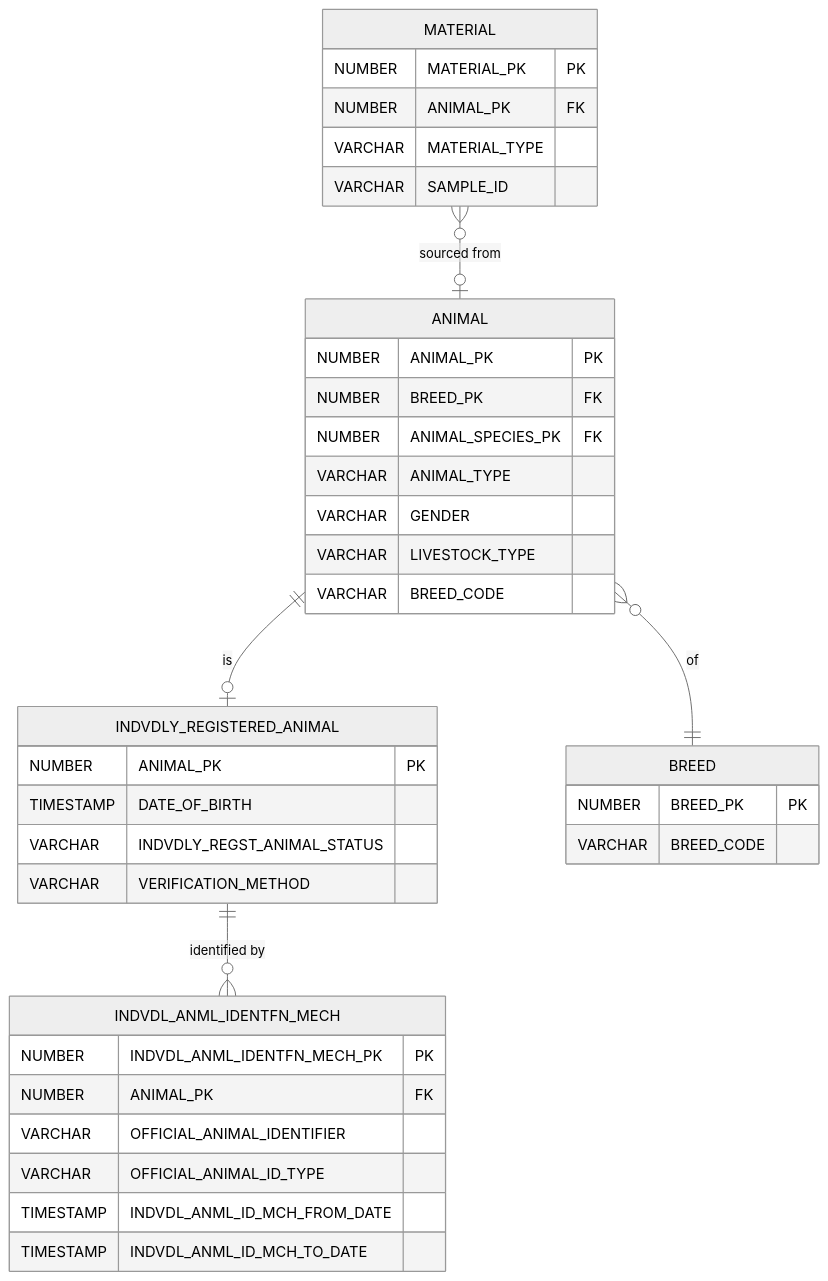
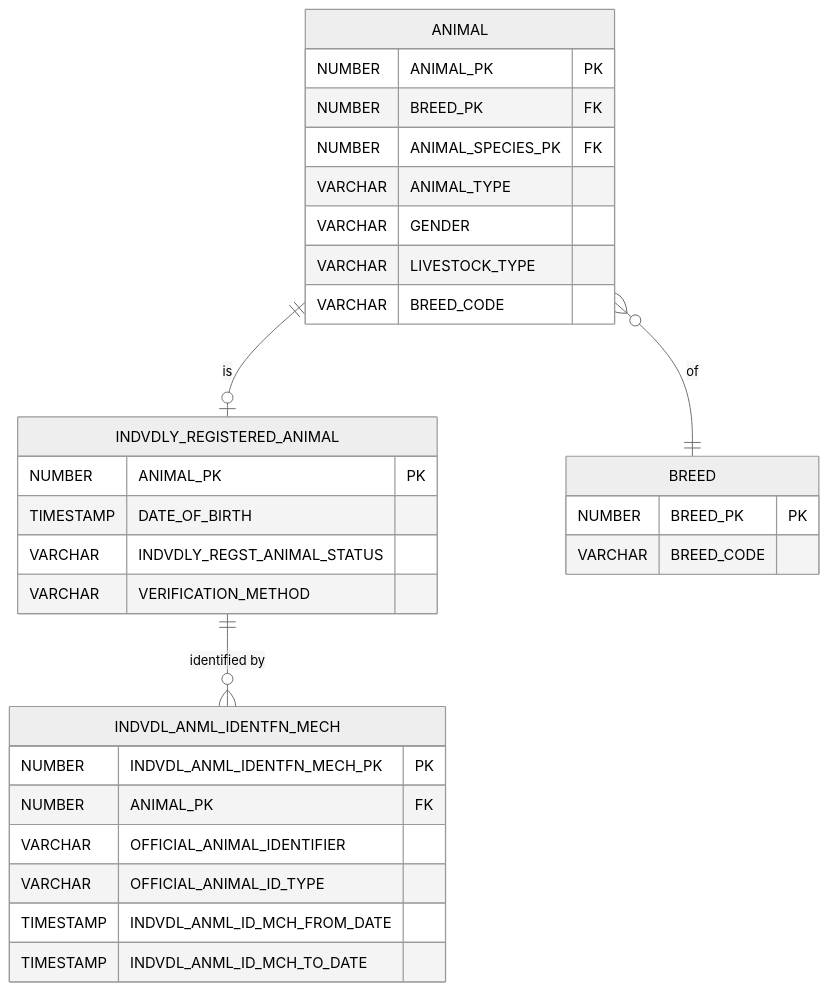
One commit to DEFRA/cattle-vaccination-documentation changed the fourth of 4 diagrams in technology/data-architecture/structure-view/sam/README.md. Above: the diagram before and after it, drawn with Mermaid (neutral theme). The commit also changed other lines of this file, not shown here.

Commit message:
Clarification around MATERIAL in Sam schema.

````diff
--- a/technology/data-architecture/structure-view/sam/README.md
+++ b/technology/data-architecture/structure-view/sam/README.md
@@ -239,45 +239,37 @@
 ```mermaid
 erDiagram
   ANIMAL {
     NUMBER ANIMAL_PK PK
     NUMBER BREED_PK FK
     NUMBER ANIMAL_SPECIES_PK FK
     VARCHAR ANIMAL_TYPE
     VARCHAR GENDER
     VARCHAR LIVESTOCK_TYPE
     VARCHAR BREED_CODE
   }
 
   INDVDLY_REGISTERED_ANIMAL {
     NUMBER ANIMAL_PK PK
     TIMESTAMP DATE_OF_BIRTH
     VARCHAR INDVDLY_REGST_ANIMAL_STATUS
     VARCHAR VERIFICATION_METHOD
   }
 
   INDVDL_ANML_IDENTFN_MECH {
     NUMBER INDVDL_ANML_IDENTFN_MECH_PK PK
     NUMBER ANIMAL_PK FK
     VARCHAR OFFICIAL_ANIMAL_IDENTIFIER
     VARCHAR OFFICIAL_ANIMAL_ID_TYPE
     TIMESTAMP INDVDL_ANML_ID_MCH_FROM_DATE
     TIMESTAMP INDVDL_ANML_ID_MCH_TO_DATE
   }
 
   BREED {
     NUMBER BREED_PK PK
     VARCHAR BREED_CODE
   }
 
-  MATERIAL {
-    NUMBER MATERIAL_PK PK
-    NUMBER ANIMAL_PK FK
-    VARCHAR MATERIAL_TYPE
-    VARCHAR SAMPLE_ID
-  }
-
   ANIMAL ||--o| INDVDLY_REGISTERED_ANIMAL : "is"
   INDVDLY_REGISTERED_ANIMAL ||--o{ INDVDL_ANML_IDENTFN_MECH : "identified by"
   ANIMAL }o--|| BREED : "of"
-  MATERIAL }o--o| ANIMAL : "sourced from"
 ```
````
